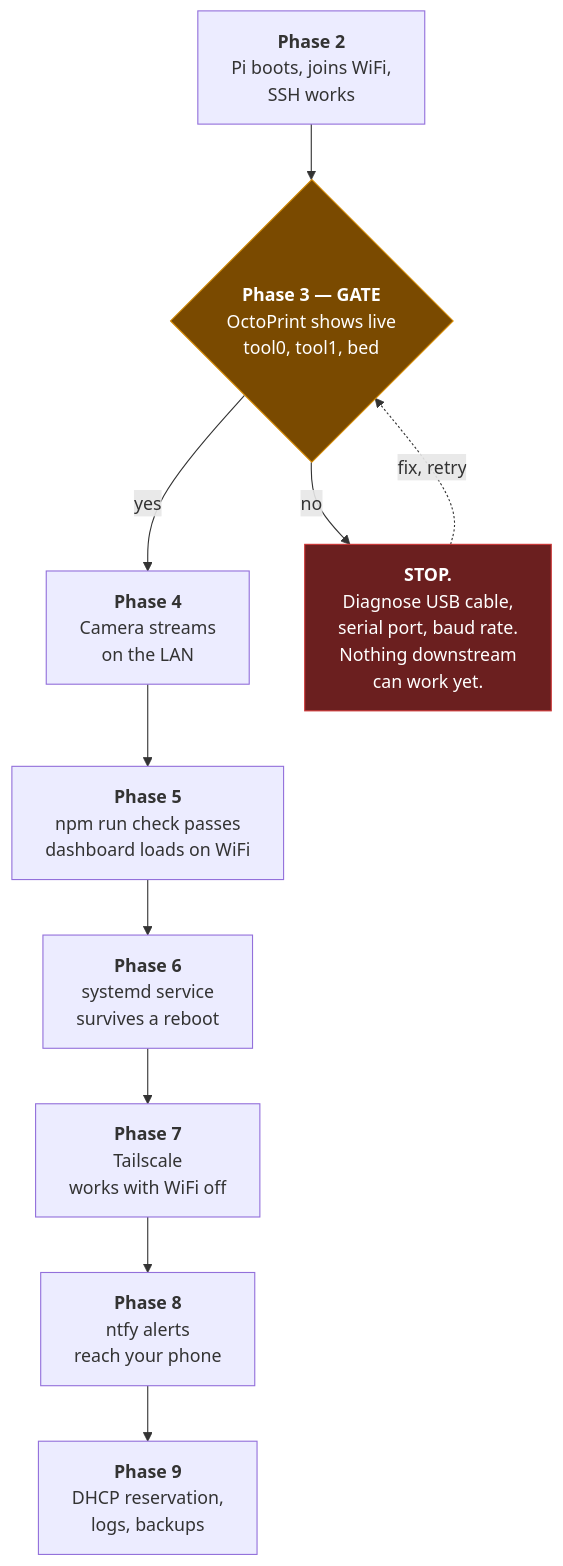
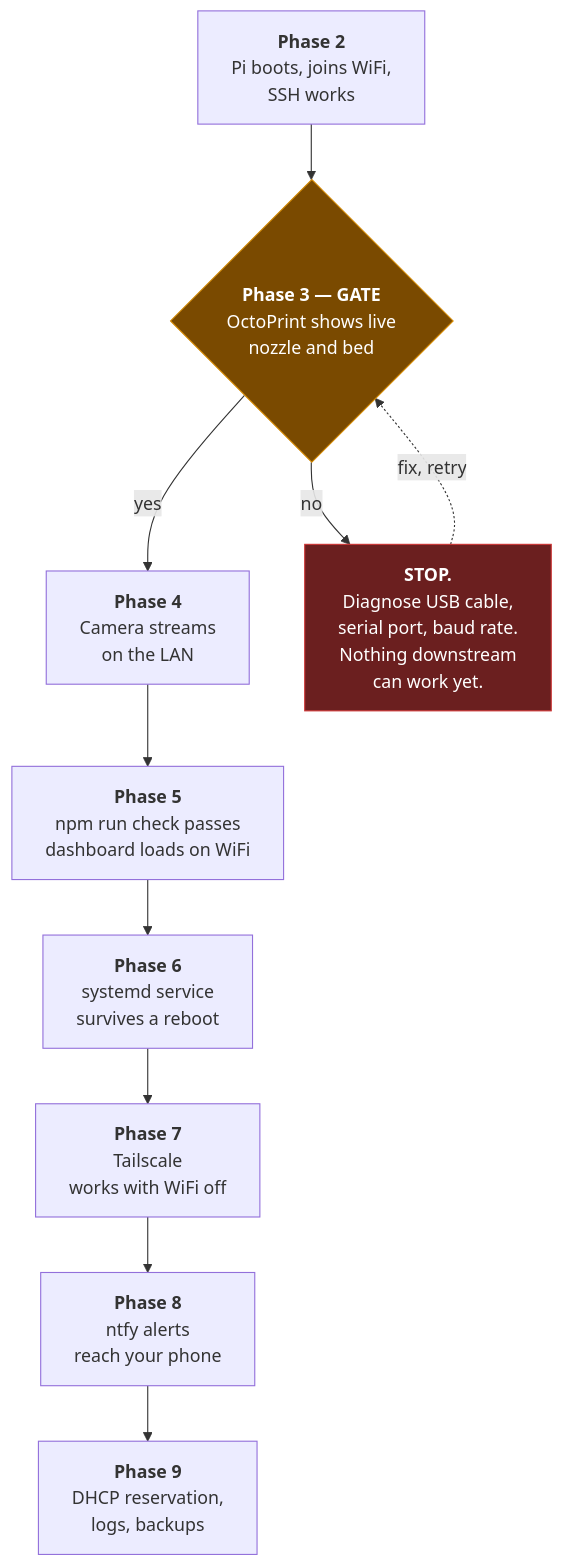
Before and after one commit to Bharadhwajreddy/SovolSmart: the second of 2 diagrams in Documents/02-roadmap.md, drawn with Mermaid. The commit also changed other lines of this file and 29 other files, not shown here.

````diff
--- a/Documents/02-roadmap.md
+++ b/Documents/02-roadmap.md
@@ -84,21 +84,21 @@
 ```mermaid
 flowchart TD
     P2["<b>Phase 2</b><br/>Pi boots, joins WiFi,<br/>SSH works"]
-    P3{"<b>Phase 3 — GATE</b><br/>OctoPrint shows live<br/>tool0, tool1, bed"}
+    P3{"<b>Phase 3 — GATE</b><br/>OctoPrint shows live<br/>nozzle and bed"}
     P4["<b>Phase 4</b><br/>Camera streams<br/>on the LAN"]
     P5["<b>Phase 5</b><br/>npm run check passes<br/>dashboard loads on WiFi"]
     P6["<b>Phase 6</b><br/>systemd service<br/>survives a reboot"]
     P7["<b>Phase 7</b><br/>Tailscale<br/>works with WiFi off"]
     P8["<b>Phase 8</b><br/>ntfy alerts<br/>reach your phone"]
     P9["<b>Phase 9</b><br/>DHCP reservation,<br/>logs, backups"]
     STOP["<b>STOP.</b><br/>Diagnose USB cable,<br/>serial port, baud rate.<br/>Nothing downstream<br/>can work yet."]
 
     P2 --> P3
     P3 -->|"yes"| P4
     P3 -->|"no"| STOP
     STOP -.->|"fix, retry"| P3
     P4 --> P5 --> P6 --> P7 --> P8 --> P9
 
     style P3 fill:#7a4a00,stroke:#d18700,color:#fff
     style STOP fill:#6b1f1f,stroke:#c33,color:#fff
 ```
````
